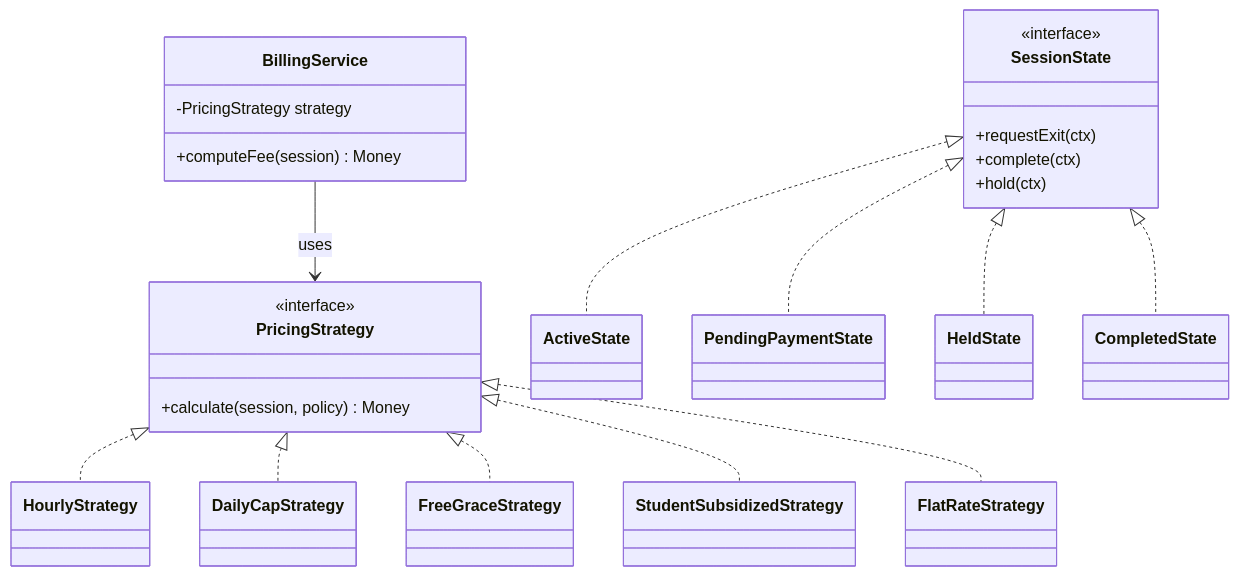
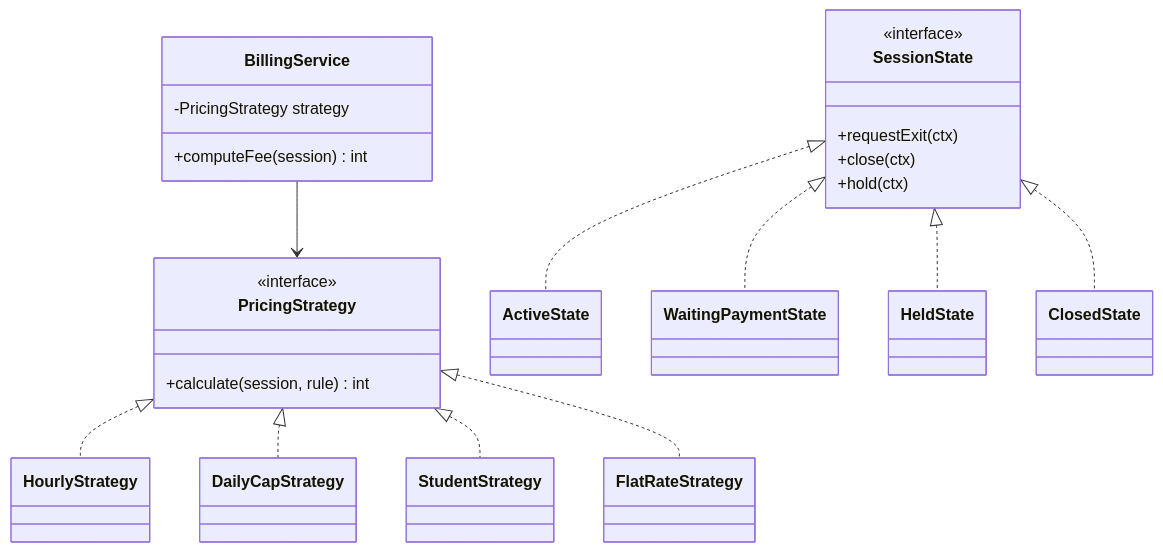
Before and after one commit to XeminoL/SmartParking_-IoT-SPMS-: the fourth of 4 diagrams in docs/03-design.md, drawn with Mermaid. The commit also changed other lines of this file and 14 other files, not shown here.

````diff
--- a/docs/03-design.md
+++ b/docs/03-design.md
@@ -343,37 +296,35 @@
 ```mermaid
 classDiagram
     class PricingStrategy {
         <<interface>>
-        +calculate(session, policy) Money
+        +calculate(session, rule) int
     }
     class HourlyStrategy
     class DailyCapStrategy
-    class FreeGraceStrategy
-    class StudentSubsidizedStrategy
+    class StudentStrategy
     class FlatRateStrategy
     PricingStrategy <|.. HourlyStrategy
     PricingStrategy <|.. DailyCapStrategy
-    PricingStrategy <|.. FreeGraceStrategy
-    PricingStrategy <|.. StudentSubsidizedStrategy
+    PricingStrategy <|.. StudentStrategy
     PricingStrategy <|.. FlatRateStrategy
     class BillingService {
         -PricingStrategy strategy
-        +computeFee(session) Money
+        +computeFee(session) int
     }
-    BillingService --> PricingStrategy : uses
+    BillingService --> PricingStrategy
 
     class SessionState {
         <<interface>>
         +requestExit(ctx)
-        +complete(ctx)
+        +close(ctx)
         +hold(ctx)
     }
     class ActiveState
-    class PendingPaymentState
+    class WaitingPaymentState
     class HeldState
-    class CompletedState
+    class ClosedState
     SessionState <|.. ActiveState
-    SessionState <|.. PendingPaymentState
+    SessionState <|.. WaitingPaymentState
     SessionState <|.. HeldState
-    SessionState <|.. CompletedState
+    SessionState <|.. ClosedState
 ```
````
